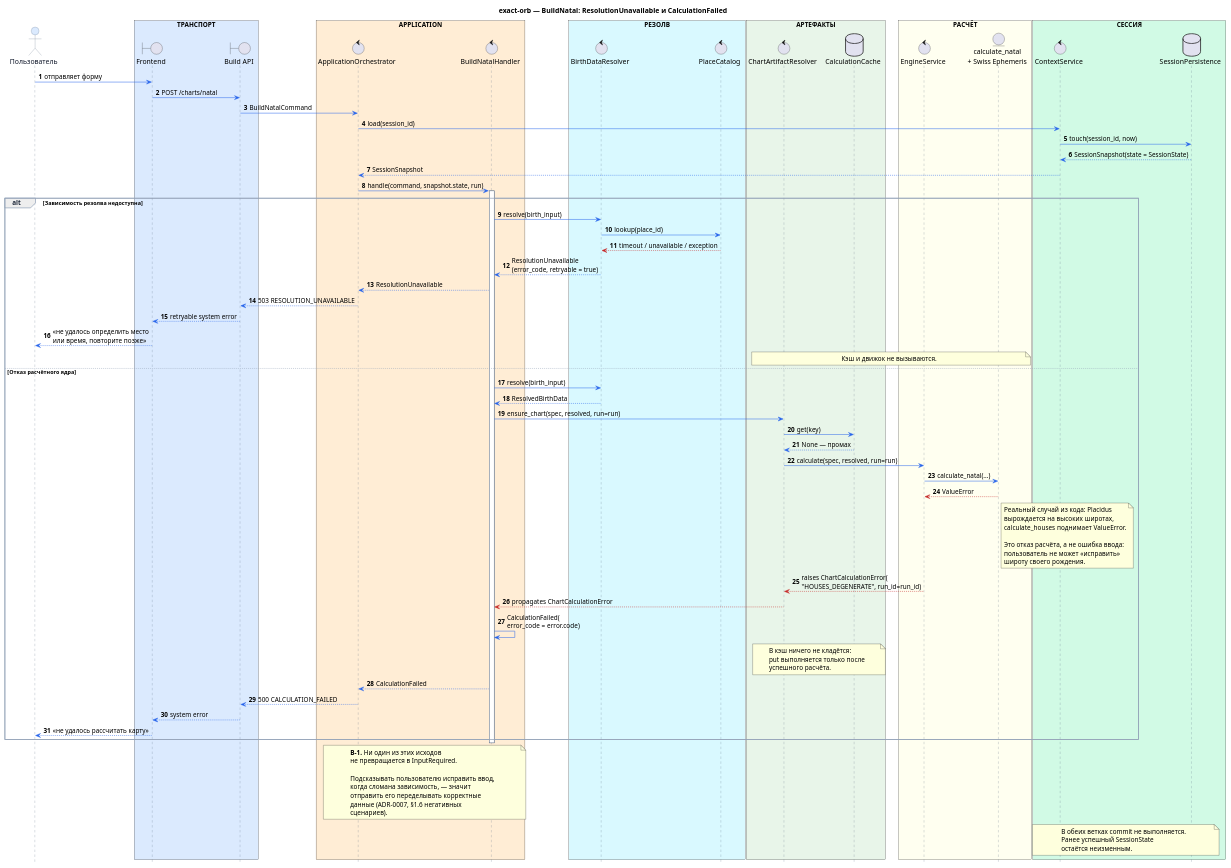
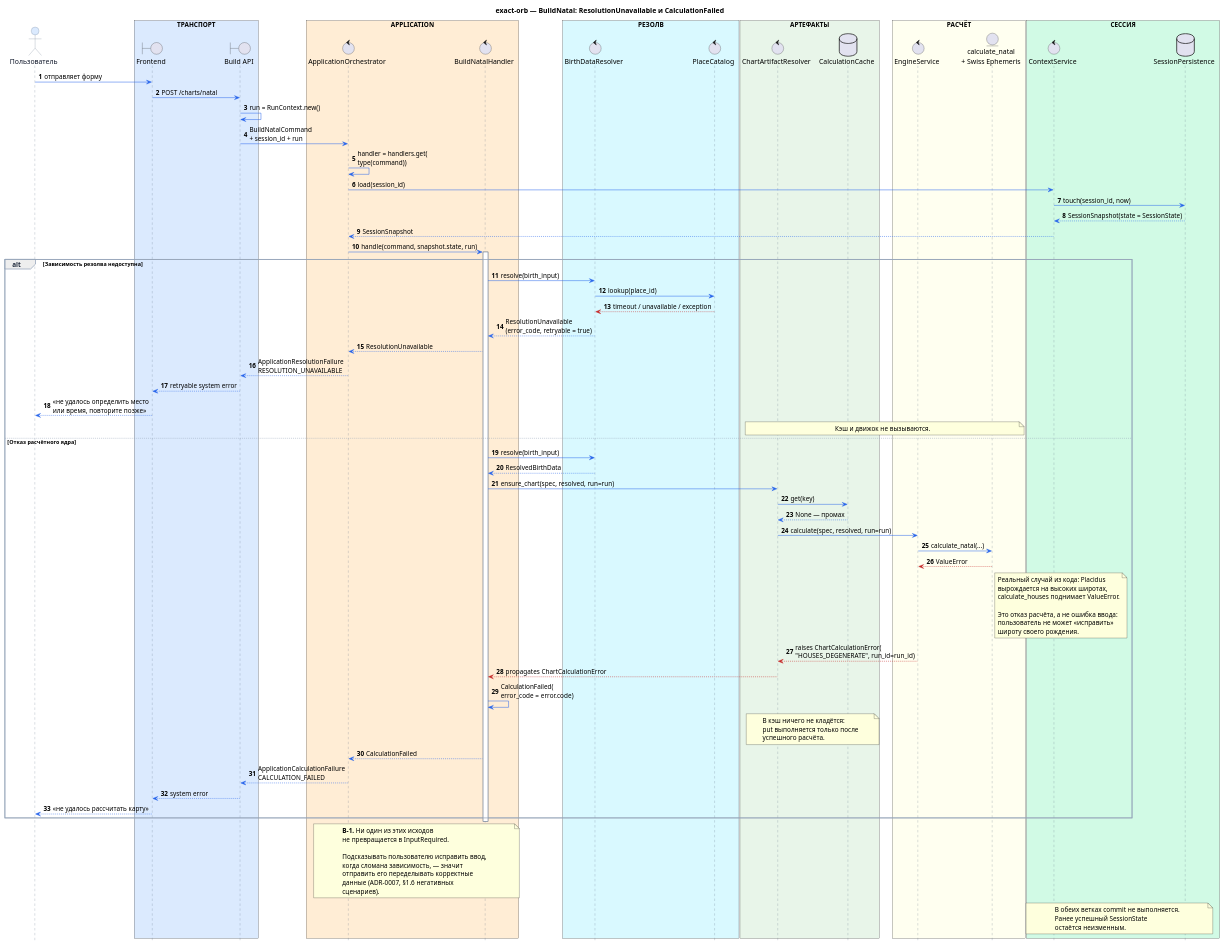
The diagram in docs/sequence_diagrams/build_natal/005-build_natal_technical_failures.puml (ksenia-baranova/exact-orb-demo), drawn with PlantUML before and after one commit. The commit also changed 28 other files, not shown here.

Commit message:
docs: update architecture diagrams, overview, and scenarios

```diff
--- a/docs/sequence_diagrams/build_natal/005-build_natal_technical_failures.puml
+++ b/docs/sequence_diagrams/build_natal/005-build_natal_technical_failures.puml
@@ -1,159 +1,161 @@
 @startuml
 title exact-orb — BuildNatal: ResolutionUnavailable и CalculationFailed
 
 ' Технические отказы. Ключевой инвариант B-1: техническая ошибка
 ' никогда не преобразуется в InputRequired.
 
 autonumber
 hide footbox
 
 skinparam shadowing false
 skinparam responseMessageBelowArrow true
 
 skinparam sequence {
     ArrowColor #2563EB
     LifeLineBorderColor #64748B
     LifeLineBackgroundColor #FFFFFF
 
     ParticipantBorderColor #64748B
     ParticipantFontColor #0F172A
     ParticipantBackgroundColor #F8FAFC
 
     ActorBorderColor #64748B
     ActorFontColor #0F172A
     ActorBackgroundColor #DBEAFE
 
     GroupBorderColor #94A3B8
     GroupHeaderFontColor #1E293B
 
     DividerBorderColor #94A3B8
     DividerFontColor #1E293B
 
     NoteBorderColor #94A3B8
     NoteBackgroundColor #FFFBEA
     NoteFontColor #334155
 }
 
 actor "Пользователь" as User
 
 box "ТРАНСПОРТ" #DBEAFE
     boundary "Frontend" as FE
     boundary "Build API" as API
 end box
 
 box "APPLICATION" #FFEDD5
     control "ApplicationOrchestrator" as Orch
     control "BuildNatalHandler" as Handler
 end box
 
 box "РЕЗОЛВ" #D9F9FF
     control "BirthDataResolver" as Resolver
     control "PlaceCatalog" as Places
 end box
 
 box "АРТЕФАКТЫ" #E8F5E9
     control "ChartArtifactResolver" as Artifacts
     database "CalculationCache" as Cache
 end box
 
 box "РАСЧЁТ" #FFFFF0
     control "EngineService" as Engine
     entity "calculate_natal\n+ Swiss Ephemeris" as Swiss
 end box
 
 box "СЕССИЯ" #D1FAE5
     control "ContextService" as Context
     database "SessionPersistence" as Store
 end box
 
 
 User -> FE : отправляет форму
 FE -> API : POST /charts/natal
-API -> Orch : BuildNatalCommand
+API -> API : run = RunContext.new()
+API -> Orch : BuildNatalCommand\n+ session_id + run
 
+Orch -> Orch : handler = handlers.get(\ntype(command))
 Orch -> Context : load(session_id)
 Context -> Store : touch(session_id, now)
 Store --> Context : SessionSnapshot(state = SessionState)
 Context --> Orch : SessionSnapshot
 
 Orch -> Handler : handle(command, snapshot.state, run)
 activate Handler
 
 
 alt Зависимость резолва недоступна
 
     Handler -> Resolver : resolve(birth_input)
     Resolver -> Places : lookup(place_id)
     Places -[#C62828]-> Resolver : timeout / unavailable / exception
 
     Resolver --> Handler : ResolutionUnavailable\n(error_code, retryable = true)
     Handler --> Orch : ResolutionUnavailable
 
-    Orch --> API : 503 RESOLUTION_UNAVAILABLE
+    Orch --> API : ApplicationResolutionFailure\nRESOLUTION_UNAVAILABLE
     API --> FE : retryable system error
     FE --> User : «не удалось определить место\nили время, повторите позже»
 
     note over Artifacts, Swiss
     Кэш и движок не вызываются.
     end note
 
 else Отказ расчётного ядра
 
     Handler -> Resolver : resolve(birth_input)
     Resolver --> Handler : ResolvedBirthData
 
     Handler -> Artifacts : ensure_chart(spec, resolved, run=run)
     Artifacts -> Cache : get(key)
     Cache --> Artifacts : None — промах
 
     Artifacts -> Engine : calculate(spec, resolved, run=run)
     Engine -> Swiss : calculate_natal(...)
     Swiss -[#C62828]-> Engine : ValueError
 
     note right of Swiss
     Реальный случай из кода: Placidus
     вырождается на высоких широтах,
     calculate_houses поднимает ValueError.
 
     Это отказ расчёта, а не ошибка ввода:
     пользователь не может «исправить»
     широту своего рождения.
     end note
 
     Engine -[#C62828]-> Artifacts : raises ChartCalculationError(\n"HOUSES_DEGENERATE", run_id=run_id)
     Artifacts -[#C62828]-> Handler : propagates ChartCalculationError
     Handler -> Handler : CalculationFailed(\nerror_code = error.code)
 
     note over Artifacts, Cache
     В кэш ничего не кладётся:
     put выполняется только после
     успешного расчёта.
     end note
 
     Handler --> Orch : CalculationFailed
-    Orch --> API : 500 CALCULATION_FAILED
+    Orch --> API : ApplicationCalculationFailure\nCALCULATION_FAILED
     API --> FE : system error
     FE --> User : «не удалось рассчитать карту»
 
 end
 
 deactivate Handler
 
 note over Handler, Orch
 **B-1.** Ни один из этих исходов
 не превращается в InputRequired.
 
 Подсказывать пользователю исправить ввод,
 когда сломана зависимость, — значит
 отправить его переделывать корректные
 данные (ADR-0007, §1.6 негативных
 сценариев).
 end note
 
 note over Context, Store
 В обеих ветках commit не выполняется.
 Ранее успешный SessionState
 остаётся неизменным.
 end note
 
 @enduml
```
